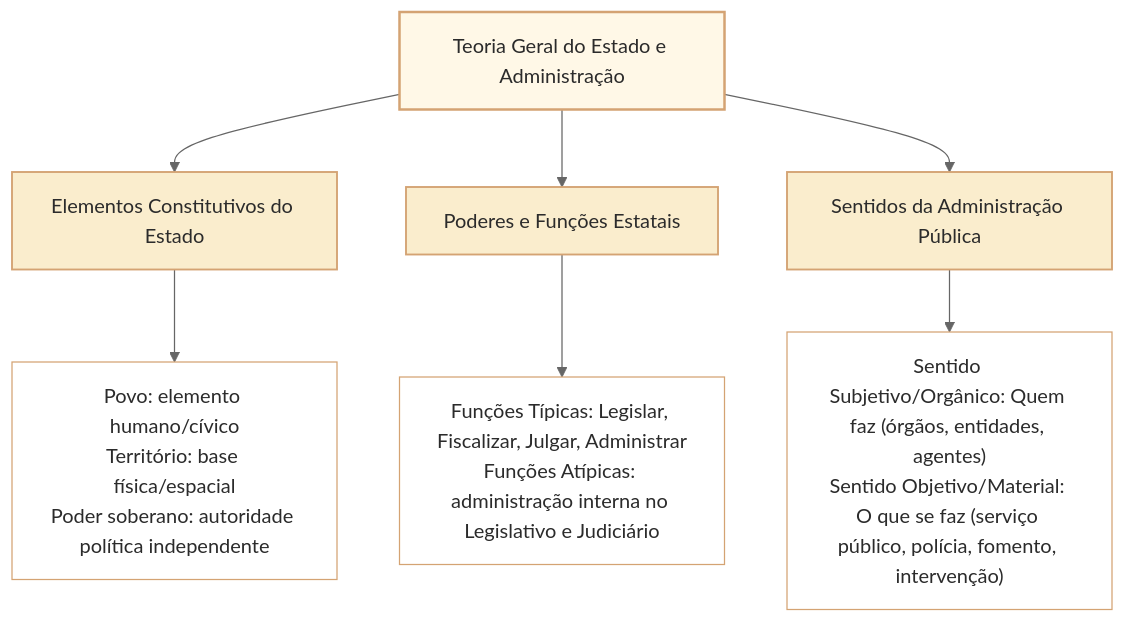
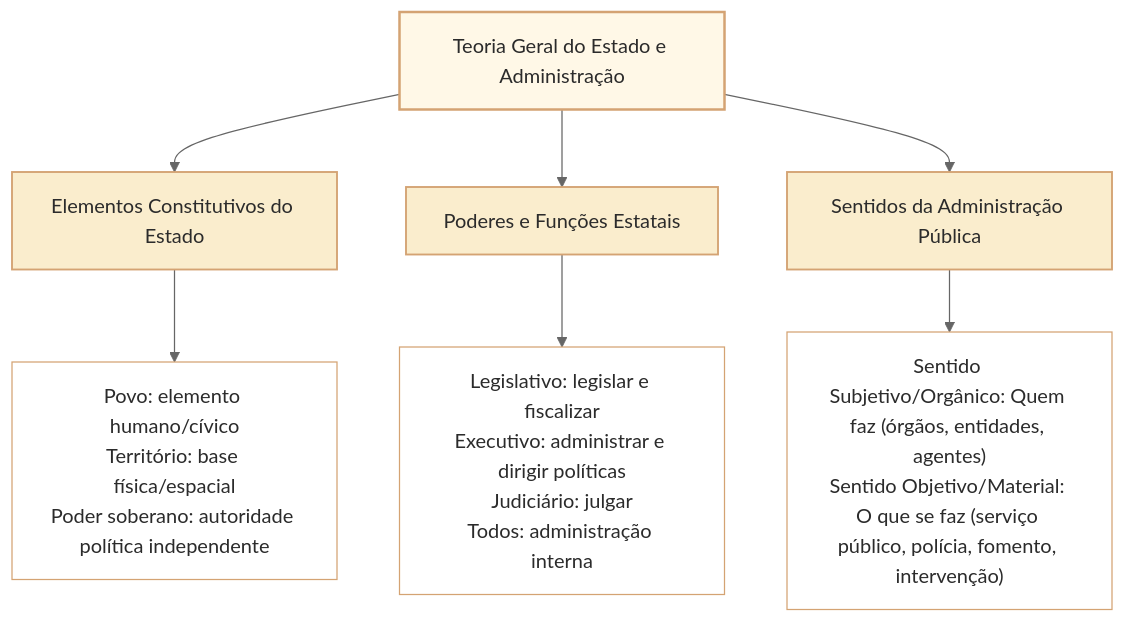
One commit to leorruas/concursos changed the diagram in 3 - Materias/Direito Administrativo/12 - estado governo administracao e funcao administrativa.md. Above: the diagram before and after it, drawn with Mermaid (neutral theme). The commit also changed other lines of this file and 3 other files, not shown here.

````diff
--- a/3 - Materias/Direito Administrativo/12 - estado governo administracao e funcao administrativa.md
+++ b/3 - Materias/Direito Administrativo/12 - estado governo administracao e funcao administrativa.md
@@ -27,14 +27,14 @@
 ```mermaid
 graph TD
     classDef raiz fill:#fff8e7,stroke:#d4a373,stroke-width:2px,color:#2b2b2b;
     classDef criterio fill:#faedcd,stroke:#d4a373,stroke-width:1.5px,color:#2b2b2b;
     classDef opcao fill:#ffffff,stroke:#d4a373,stroke-width:1px,color:#2b2b2b;
 
     R["Teoria Geral do Estado e Administração"]:::raiz --> C1["Elementos Constitutivos do Estado"]:::criterio
     R --> C2["Poderes e Funções Estatais"]:::criterio
     R --> C3["Sentidos da Administração Pública"]:::criterio
 
     C1 --> O1["Povo: elemento humano/cívico<br/>Território: base física/espacial<br/>Poder soberano: autoridade política independente"]:::opcao
-    C2 --> O2["Funções Típicas: Legislar, Fiscalizar, Julgar, Administrar<br/>Funções Atípicas: administração interna no Legislativo e Judiciário"]:::opcao
+    C2 --> O2["Legislativo: legislar e fiscalizar<br/>Executivo: administrar e dirigir políticas<br/>Judiciário: julgar<br/>Todos: administração interna"]:::opcao
     C3 --> O3["Sentido Subjetivo/Orgânico: Quem faz (órgãos, entidades, agentes)<br/>Sentido Objetivo/Material: O que se faz (serviço público, polícia, fomento, intervenção)"]:::opcao
 ```
````
